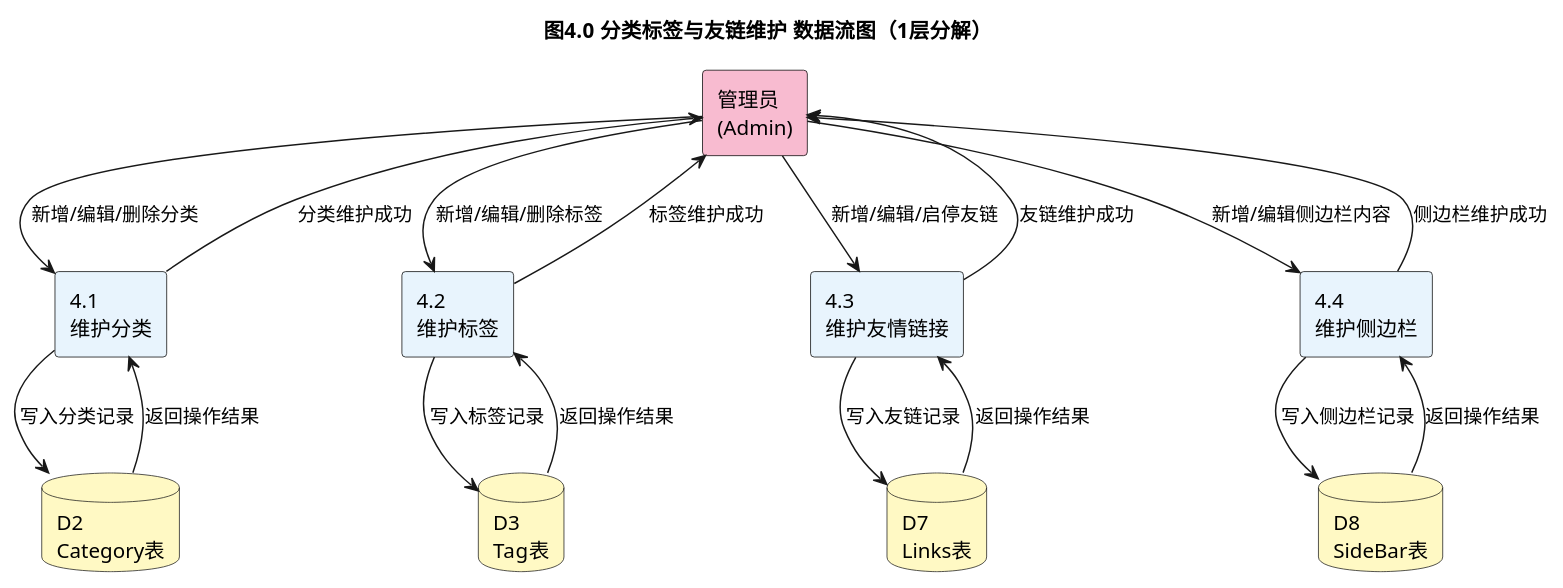
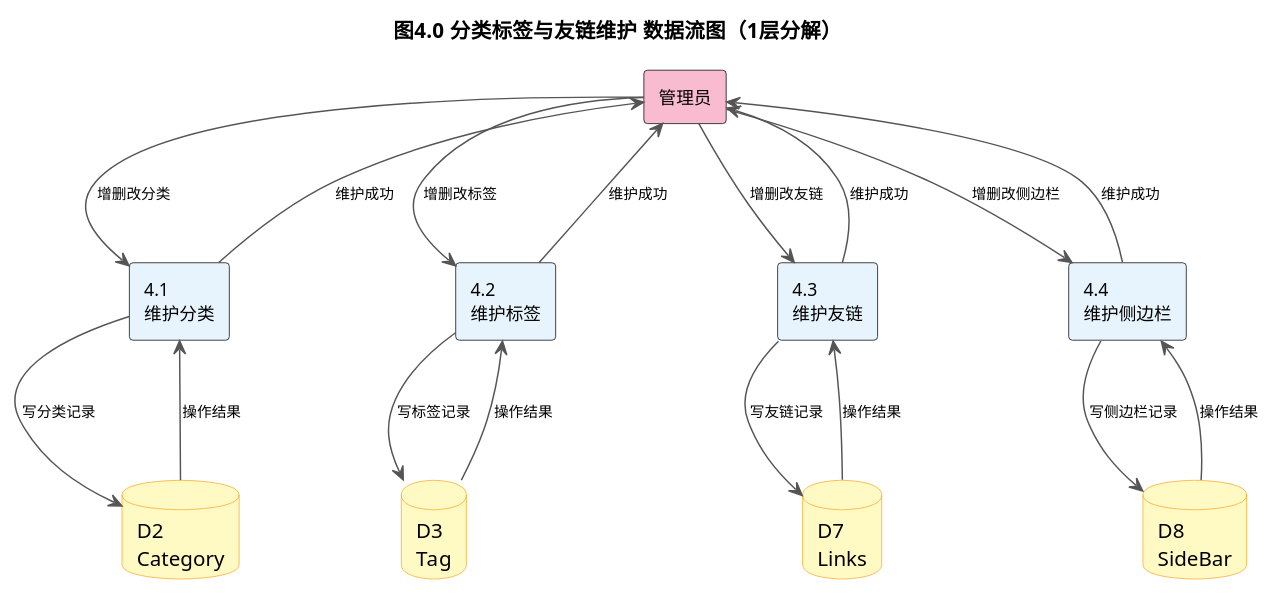
Before and after one commit to xiongyuanhao0525-bot/Class3-Group4: the fifth of 5 diagrams in doc/素材/纪秀茹/blog数据流图.puml, drawn with PlantUML. The commit also changed other lines of this file and 5 other files, not shown here.

Commit message:
纪秀茹：优化blog数据流图布局，解决标注重叠

```diff
--- a/doc/素材/纪秀茹/blog数据流图.puml
+++ b/doc/素材/纪秀茹/blog数据流图.puml
@@ -176,44 +192,49 @@
 @startuml DFD-4分类标签友链维护
 skinparam defaultFontName "Microsoft YaHei"
+skinparam nodesep 60
+skinparam ranksep 80
 skinparam rectangle {
   BackgroundColor #FEFEFE
   BorderColor black
+  FontSize 12
 }
+skinparam database {
+  BackgroundColor #FFF9C4
+  BorderColor #F9A825
+}
+skinparam ArrowFontSize 10
+skinparam ArrowColor #555555
 title 图4.0  分类标签与友链维护 数据流图（1层分解）
 
-' ===== 外部实体 =====
-rectangle "管理员\n(Admin)" as E3 #F8BBD0
+rectangle "管理员" as E3 #F8BBD0
 
-' ===== 处理过程 =====
 rectangle "4.1\n维护分类" as P41 #E8F4FD
 rectangle "4.2\n维护标签" as P42 #E8F4FD
-rectangle "4.3\n维护友情链接" as P43 #E8F4FD
+rectangle "4.3\n维护友链" as P43 #E8F4FD
 rectangle "4.4\n维护侧边栏" as P44 #E8F4FD
 
-' ===== 数据存储 =====
-database "D2\nCategory表" as D2 #FFF9C4
-database "D3\nTag表" as D3 #FFF9C4
-database "D7\nLinks表" as D7 #FFF9C4
-database "D8\nSideBar表" as D8 #FFF9C4
+database "D2\nCategory" as D2 #FFF9C4
+database "D3\nTag" as D3 #FFF9C4
+database "D7\nLinks" as D7 #FFF9C4
+database "D8\nSideBar" as D8 #FFF9C4
 
-' ===== 数据流 =====
-E3 --> P41 : 新增/编辑/删除分类
-P41 --> D2 : 写入分类记录
-D2 --> P41 : 返回操作结果
-P41 --> E3 : 分类维护成功
+E3 --> P41 : 增删改分类
+P41 --> D2 : 写分类记录
+D2 --> P41 : 操作结果
+P41 --> E3 : 维护成功
 
-E3 --> P42 : 新增/编辑/删除标签
-P42 --> D3 : 写入标签记录
-D3 --> P42 : 返回操作结果
-P42 --> E3 : 标签维护成功
+E3 --> P42 : 增删改标签
+P42 --> D3 : 写标签记录
+D3 --> P42 : 操作结果
+P42 --> E3 : 维护成功
 
-E3 --> P43 : 新增/编辑/启停友链
-P43 --> D7 : 写入友链记录
-D7 --> P43 : 返回操作结果
-P43 --> E3 : 友链维护成功
+E3 --> P43 : 增删改友链
+P43 --> D7 : 写友链记录
+D7 --> P43 : 操作结果
+P43 --> E3 : 维护成功
 
-E3 --> P44 : 新增/编辑侧边栏内容
-P44 --> D8 : 写入侧边栏记录
-D8 --> P44 : 返回操作结果
-P44 --> E3 : 侧边栏维护成功
+E3 --> P44 : 增删改侧边栏
+P44 --> D8 : 写侧边栏记录
+D8 --> P44 : 操作结果
+P44 --> E3 : 维护成功
 @enduml
```
